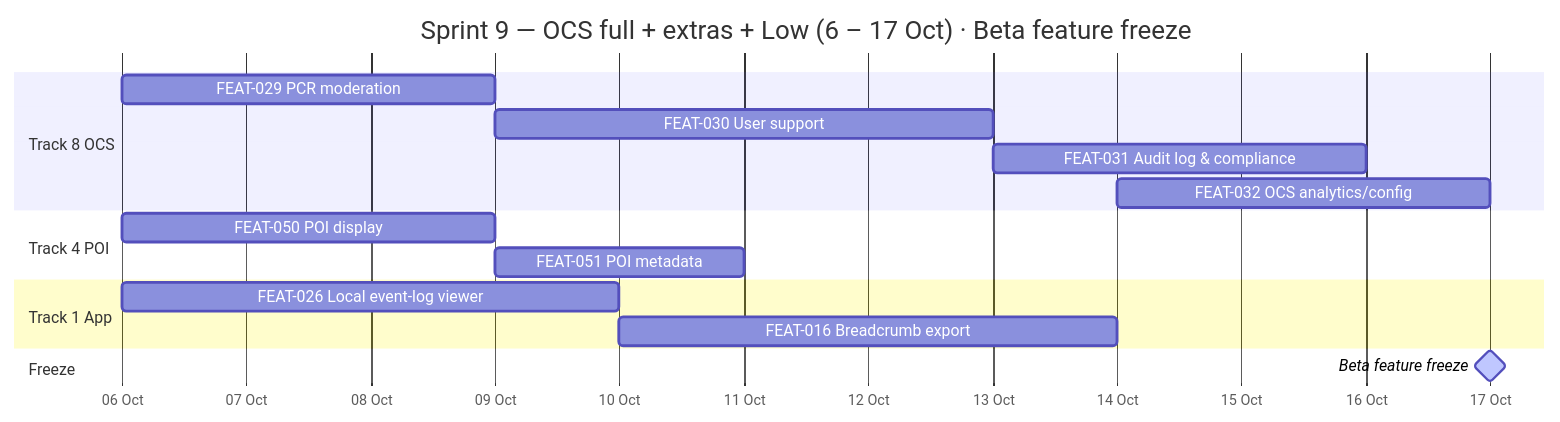
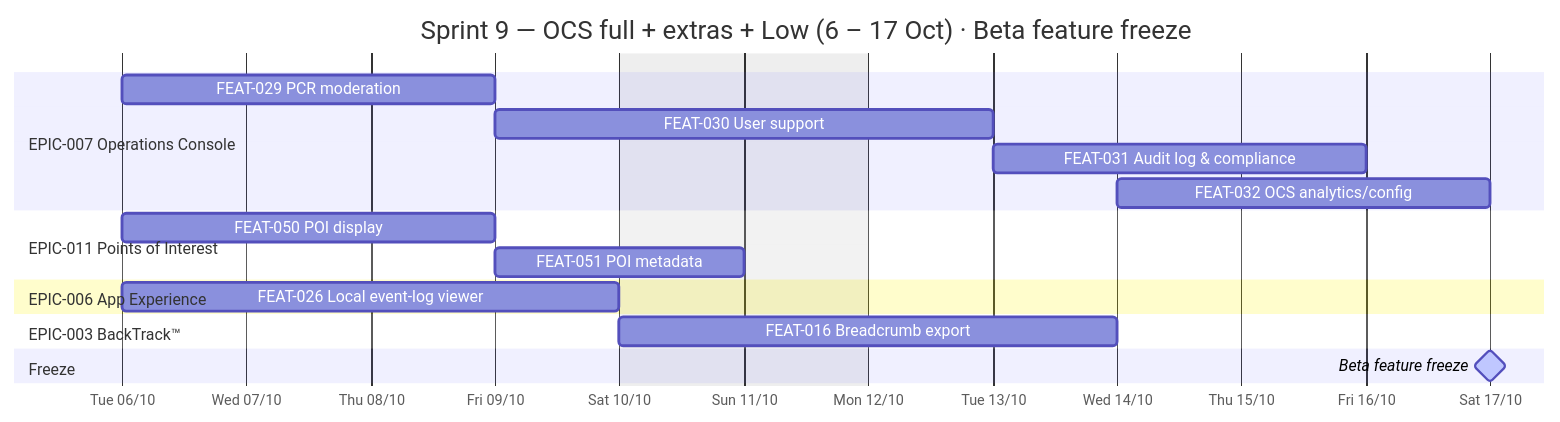
Diagram 11 of 13 in docs/planning.md (giakhanh22024558/Trackaroo-Cheat-Sheat), drawn with Mermaid before and after one commit. The commit also changed other lines of this file and 1 other file, not shown here.

First line of the commit message:
planning: Sprint 0 register reframed to Tasks (S0-) + Topic/Concern/Criteria; gantt polish

````diff
--- a/docs/planning.md
+++ b/docs/planning.md
@@ -366,19 +383,22 @@
 ```mermaid
 gantt
     title Sprint 9 — OCS full + extras + Low (6 – 17 Oct) · Beta feature freeze
     dateFormat YYYY-MM-DD
-    axisFormat %d %b
-    section Track 8 OCS
+    axisFormat %a %d/%m
+    tickInterval 1day
+    excludes weekends
+    section EPIC-007 Operations Console
     FEAT-029 PCR moderation         :2026-10-06, 2026-10-09
     FEAT-030 User support           :2026-10-09, 2026-10-13
     FEAT-031 Audit log & compliance :2026-10-13, 2026-10-16
     FEAT-032 OCS analytics/config   :2026-10-14, 2026-10-17
-    section Track 4 POI
+    section EPIC-011 Points of Interest
     FEAT-050 POI display            :2026-10-06, 2026-10-09
     FEAT-051 POI metadata           :2026-10-09, 2026-10-11
-    section Track 1 App
+    section EPIC-006 App Experience
     FEAT-026 Local event-log viewer :2026-10-06, 2026-10-10
+    section EPIC-003 BackTrack™
     FEAT-016 Breadcrumb export      :2026-10-10, 2026-10-14
     section Freeze
     Beta feature freeze             :milestone, active, 2026-10-17, 0d
 ```
````
